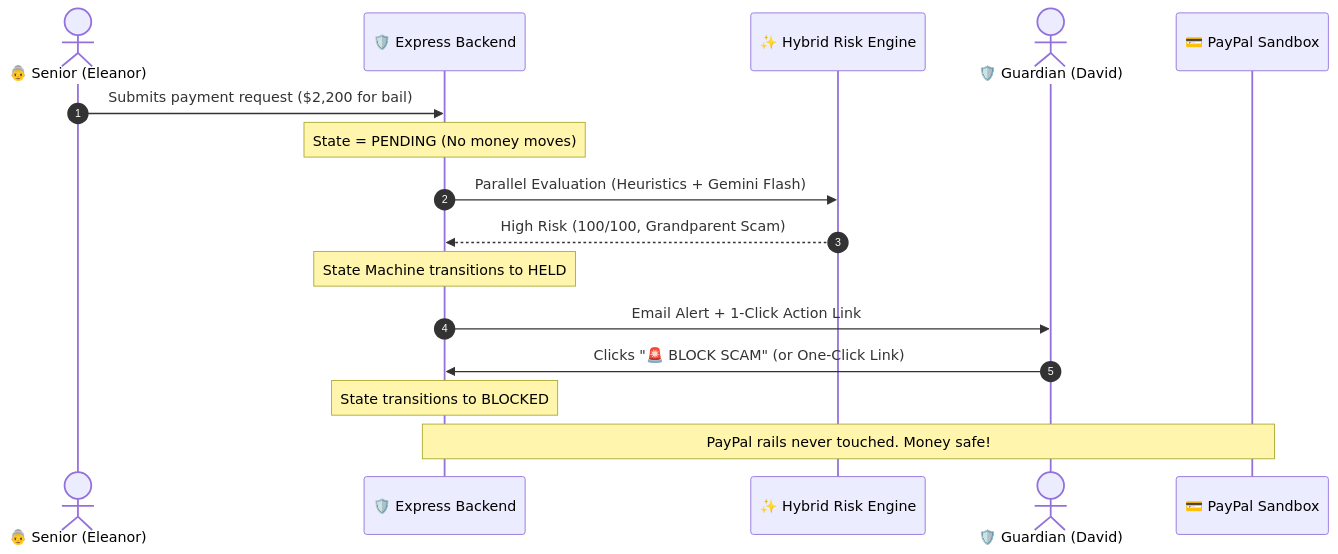
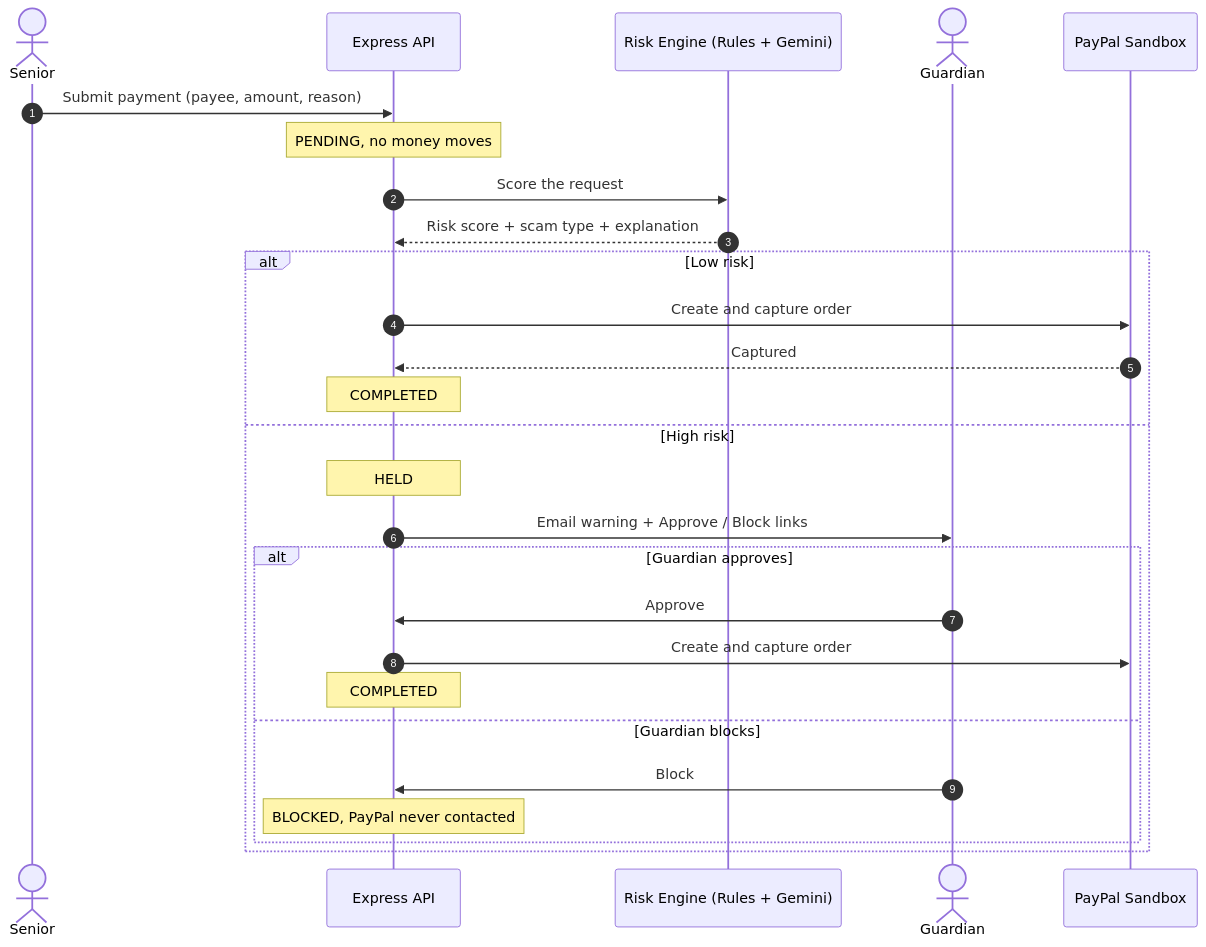
One commit to kshitijpachpande12-max/Family-Guardian changed the first of 2 diagrams in README.md. Above: the diagram before and after it, drawn with Mermaid. The commit also changed other lines of this file, not shown here.

````diff
--- a/README.md
+++ b/README.md
@@ -30,19 +43,30 @@
 ```mermaid
 sequenceDiagram
     autonumber
-    actor Senior as 👵 Senior (Eleanor)
-    participant API as 🛡️ Express Backend
-    participant AI as ✨ Hybrid Risk Engine
-    actor Guardian as 🛡️ Guardian (David)
-    participant PayPal as 💳 PayPal Sandbox
+    actor Senior
+    participant API as Express API
+    participant Risk as Risk Engine (Rules + Gemini)
+    actor Guardian
+    participant PayPal as PayPal Sandbox
 
-    Senior->>API: Submits payment request ($2,200 for bail)
-    Note over API: State = PENDING (No money moves)
-    API->>AI: Parallel Evaluation (Heuristics + Gemini Flash)
-    AI-->>API: High Risk (100/100, Grandparent Scam)
-    Note over API: State Machine transitions to HELD
-    API->>Guardian: Email Alert + 1-Click Action Link
-    Guardian->>API: Clicks "🚨 BLOCK SCAM" (or One-Click Link)
-    Note over API: State transitions to BLOCKED
-    Note over API,PayPal: PayPal rails never touched. Money safe!
+    Senior->>API: Submit payment (payee, amount, reason)
+    Note over API: PENDING, no money moves
+    API->>Risk: Score the request
+    Risk-->>API: Risk score + scam type + explanation
+    alt Low risk
+        API->>PayPal: Create and capture order
+        PayPal-->>API: Captured
+        Note over API: COMPLETED
+    else High risk
+        Note over API: HELD
+        API->>Guardian: Email warning + Approve / Block links
+        alt Guardian approves
+            Guardian->>API: Approve
+            API->>PayPal: Create and capture order
+            Note over API: COMPLETED
+        else Guardian blocks
+            Guardian->>API: Block
+            Note over API: BLOCKED, PayPal never contacted
+        end
+    end
 ```
````
